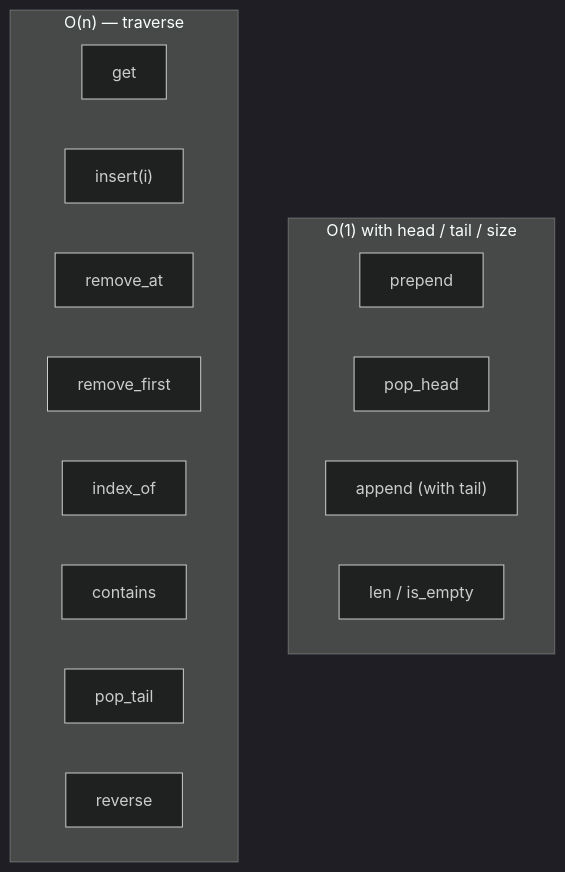
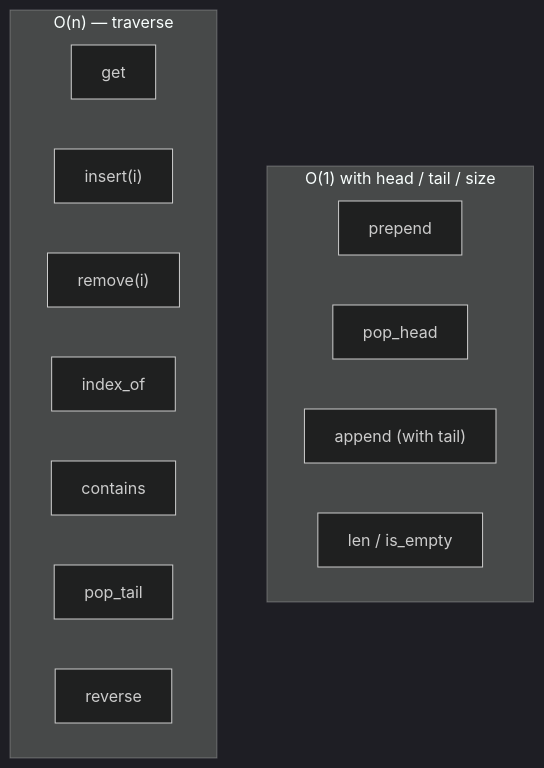
The fifth of 13 diagrams in docs/dsa/data-structures/linked-list/index.md (qgjones9/python-programming-guide), drawn with Mermaid (dark theme) before and after one commit. The commit also changed other lines of this file and 3 other files, not shown here.

````diff
--- a/docs/dsa/data-structures/linked-list/index.md
+++ b/docs/dsa/data-structures/linked-list/index.md
@@ -493,19 +625,18 @@
 ```mermaid
 flowchart TB
   subgraph fast["O(1) with head / tail / size"]
     prepend
     pop_head
     append["append (with tail)"]
     len_op["len / is_empty"]
   end
   subgraph linear["O(n) — traverse"]
     get
     insert_at["insert(i)"]
-    remove_at
-    remove_first
+    remove_at["remove(i)"]
     index_of
     contains
     pop_tail
     reverse
   end
 ```
````
